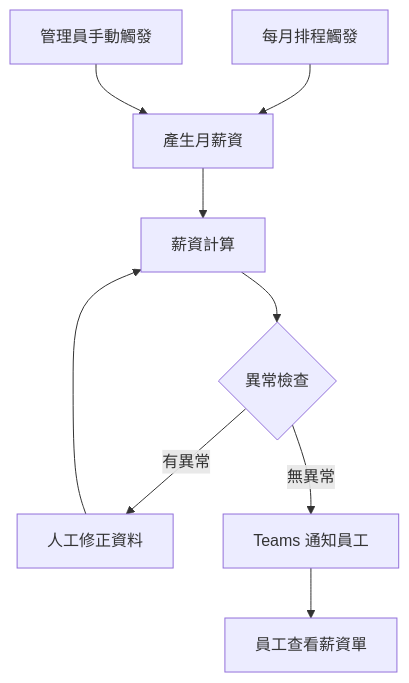
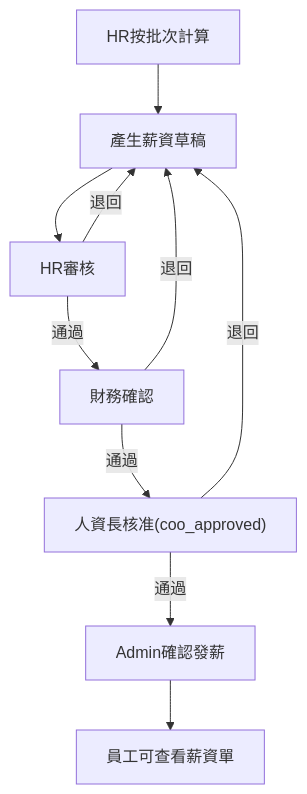
One commit to cancerfreebiotech/myops changed the second of 3 diagrams in docs/generated/zh-TW-admin.md. Above: the diagram before and after it, drawn with Mermaid. The commit also changed other lines of this file and 6 other files, not shown here.

````diff
--- a/docs/generated/zh-TW-admin.md
+++ b/docs/generated/zh-TW-admin.md
@@ -172,11 +958,12 @@
 ```mermaid
 flowchart TD
-  SCH[每月排程觸發] --> GEN[產生月薪資]
-  MAN[管理員手動觸發] --> GEN
-  GEN --> CALC[薪資計算]
-  CALC --> CHK{異常檢查}
-  CHK -->|有異常| FIX[人工修正資料]
-  FIX --> CALC
-  CHK -->|無異常| NOTI[Teams 通知員工]
-  NOTI --> VIEW[員工查看薪資單]
+    A[HR按批次計算] --> B[產生薪資草稿]
+    B --> C[HR審核]
+    C -->|退回| B
+    C -->|通過| D[財務確認]
+    D -->|退回| B
+    D -->|通過| E["人資長核准(coo_approved)"]
+    E -->|退回| B
+    E -->|通過| F[Admin確認發薪]
+    F --> G[員工可查看薪資單]
 ```
````
